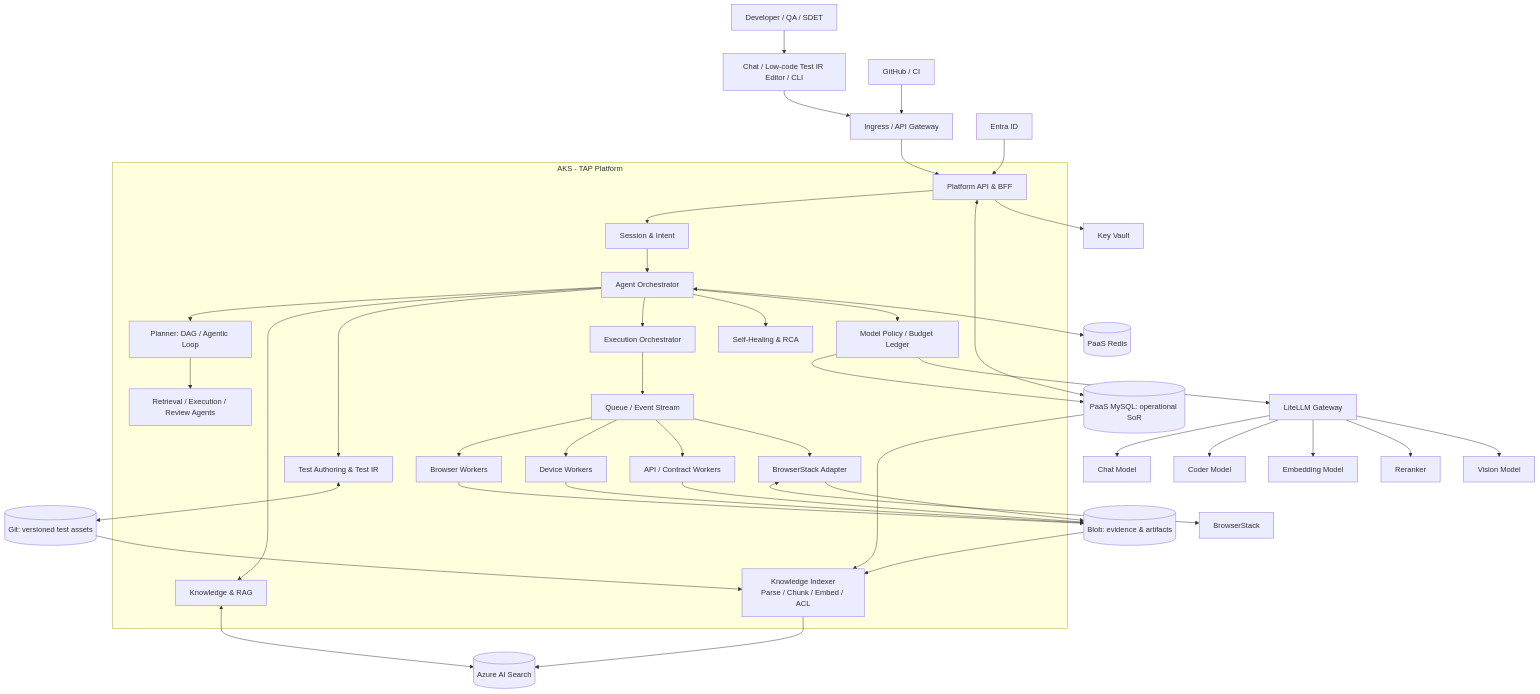
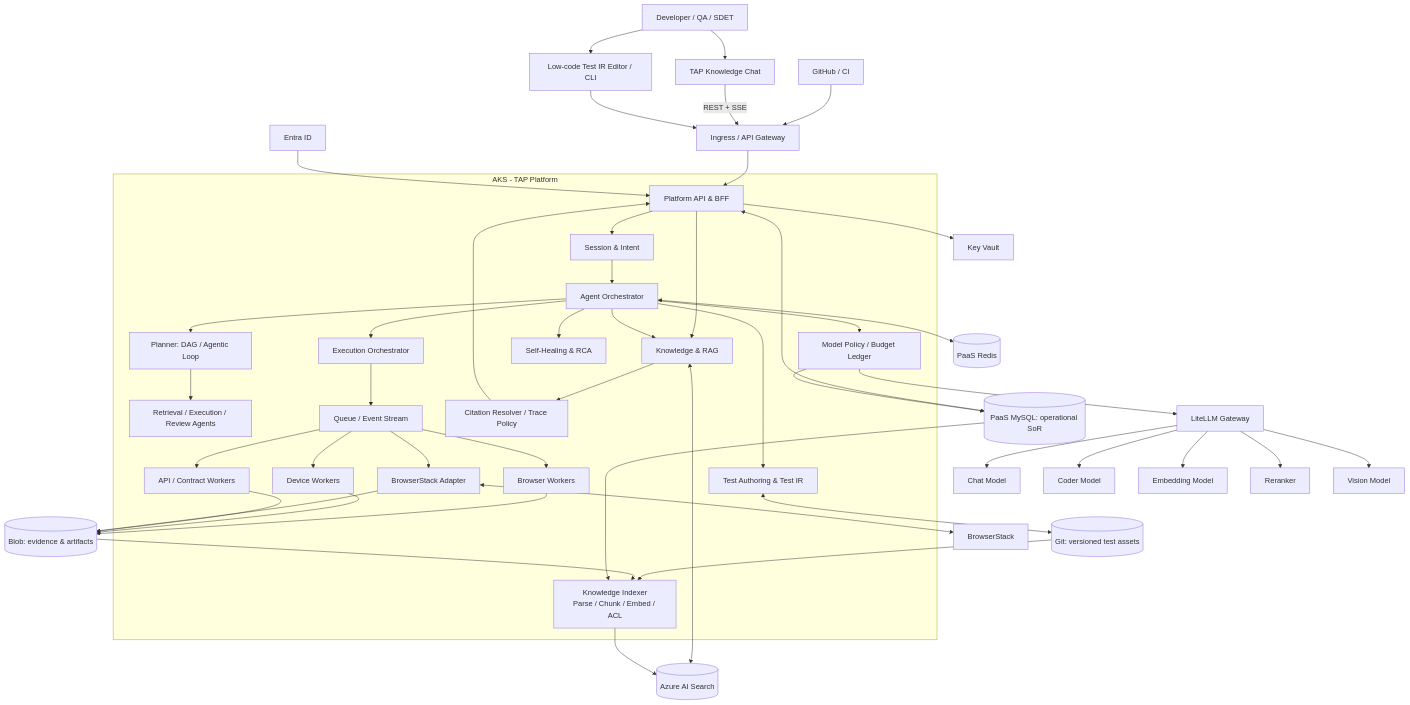
One commit to patrickstarpty/tap changed the first of 5 diagrams in docs/architecture.md. Above: the diagram before and after it, drawn with Mermaid. The commit also changed other lines of this file and 10 other files, not shown here.

Commit message:
docs: define AI Search RAG and knowledge chat

````diff
--- a/docs/architecture.md
+++ b/docs/architecture.md
@@ -40,50 +40,56 @@
 ```mermaid
 flowchart TB
-    User[Developer / QA / SDET] --> UX[Chat / Low-code Test IR Editor / CLI]
+    User[Developer / QA / SDET] --> ChatUX[TAP Knowledge Chat]
+    User --> Workbench[Low-code Test IR Editor / CLI]
     GH[GitHub / CI] --> Ingress[Ingress / API Gateway]
-    UX --> Ingress
+    ChatUX -->|REST + SSE| Ingress
+    Workbench --> Ingress
     Ingress --> Gateway[Platform API & BFF]
     Identity[Entra ID] --> Gateway
 
     subgraph AKS[AKS - TAP Platform]
+      Gateway --> Knowledge[Knowledge & RAG]
       Gateway --> Session[Session & Intent]
       Session --> AgentOrch[Agent Orchestrator]
       AgentOrch --> Plan[Planner: DAG / Agentic Loop]
       AgentOrch --> Knowledge[Knowledge & RAG]
       AgentOrch --> Authoring[Test Authoring & Test IR]
       AgentOrch --> ExecOrch[Execution Orchestrator]
       AgentOrch --> RCA[Self-Healing & RCA]
       AgentOrch --> ModelPolicy[Model Policy / Budget Ledger]
       Plan --> Agents[Retrieval / Execution / Review Agents]
       ExecOrch --> Stream[Queue / Event Stream]
       Stream --> BrowserWorker[Browser Workers]
       Stream --> DeviceWorker[Device Workers]
       Stream --> APIWorker[API / Contract Workers]
       Stream --> CloudWorker[BrowserStack Adapter]
       Indexer[Knowledge Indexer<br/>Parse / Chunk / Embed / ACL]
+      Citation[Citation Resolver / Trace Policy]
+      Knowledge --> Citation
     end
 
     Authoring <--> Git[(Git: versioned test assets)]
     Gateway <--> MySQL[(PaaS MySQL: operational SoR)]
     AgentOrch <--> Redis[(PaaS Redis)]
     Knowledge <--> Search[(Azure AI Search)]
+    Citation --> Gateway
     BrowserWorker --> Blob[(Blob: evidence & artifacts)]
     DeviceWorker --> Blob
     APIWorker --> Blob
     CloudWorker <--> BS[BrowserStack]
     CloudWorker --> Blob
     Gateway --> KV[Key Vault]
 
     ModelPolicy --> MySQL
     ModelPolicy --> LLM[LiteLLM Gateway]
     LLM --> Chat[Chat Model]
     LLM --> Coder[Coder Model]
     LLM --> Embed[Embedding Model]
     LLM --> Rerank[Reranker]
     LLM --> Vision[Vision Model]
 
     Git --> Indexer
     Blob --> Indexer
     MySQL --> Indexer
     Indexer --> Search
 ```
````
